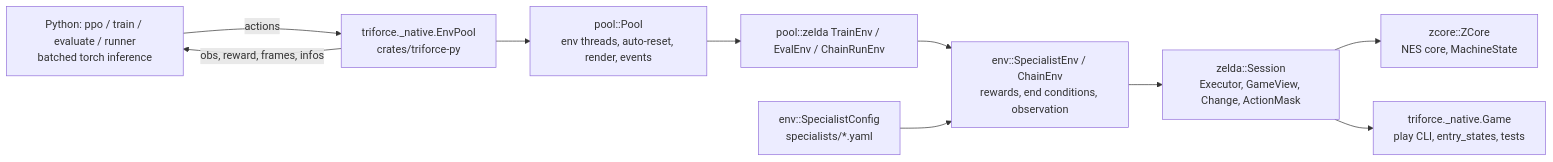
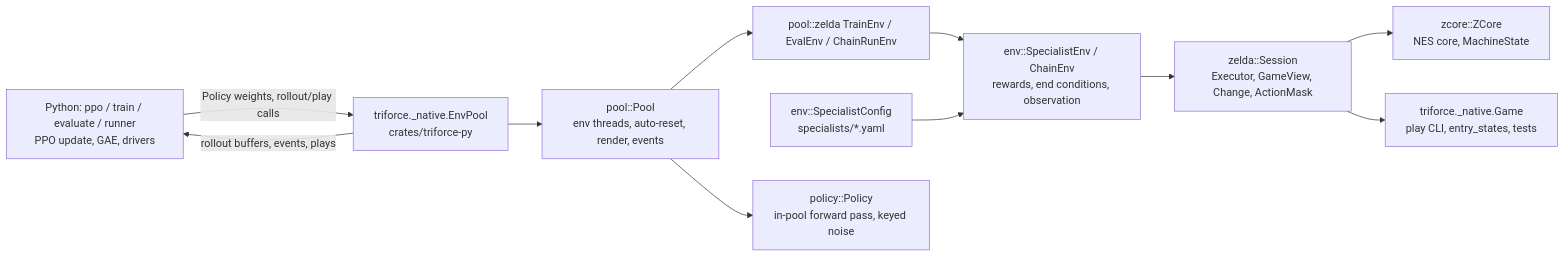
Before and after one commit to DarkAutumn/triforce: the diagram in docs/architecture.md, drawn with Mermaid. The commit also changed other lines of this file, not shown here.

Commit message:
review F002,F003,F004,F097,F111,F066 (docs): architecture.md matches the code after the review fix-up (diagram, module lists, info keys, signatures, classifier, chain budgets/limits, eval provenance, early stop, harvest opt-in, entry_states staging, fight-room PBRS is an approach reward)

````diff
--- a/docs/architecture.md
+++ b/docs/architecture.md
@@ -6,12 +6,13 @@
 ```mermaid
 flowchart LR
-    PPO[Python: ppo / train / evaluate / runner<br/>batched torch inference] -->|actions| POOL[triforce._native.EnvPool<br/>crates/triforce-py]
+    PPO[Python: ppo / train / evaluate / runner<br/>PPO update, GAE, drivers] -->|Policy weights, rollout/play calls| POOL[triforce._native.EnvPool<br/>crates/triforce-py]
     POOL --> PL[pool::Pool<br/>env threads, auto-reset, render, events]
     PL --> TE[pool::zelda TrainEnv / EvalEnv / ChainRunEnv]
     TE --> ENV[env::SpecialistEnv / ChainEnv<br/>rewards, end conditions, observation]
     SPEC[env::SpecialistConfig<br/>specialists/*.yaml] --> ENV
     ENV --> SES[zelda::Session<br/>Executor, GameView, Change, ActionMask]
     SES --> CORE[zcore::ZCore<br/>NES core, MachineState]
-    POOL -->|obs, reward, frames, infos| PPO
+    POOL -->|rollout buffers, events, plays| PPO
+    PL --> POL[policy::Policy<br/>in-pool forward pass, keyed noise]
     SES --> GAME[triforce._native.Game<br/>play CLI, entry_states, tests]
 ```
````
